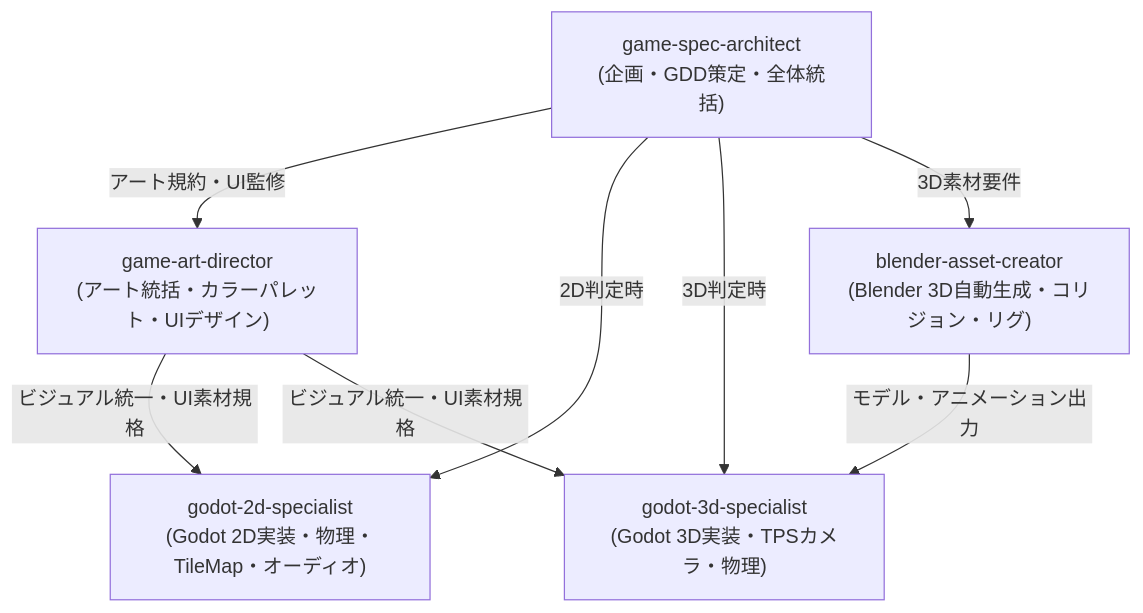
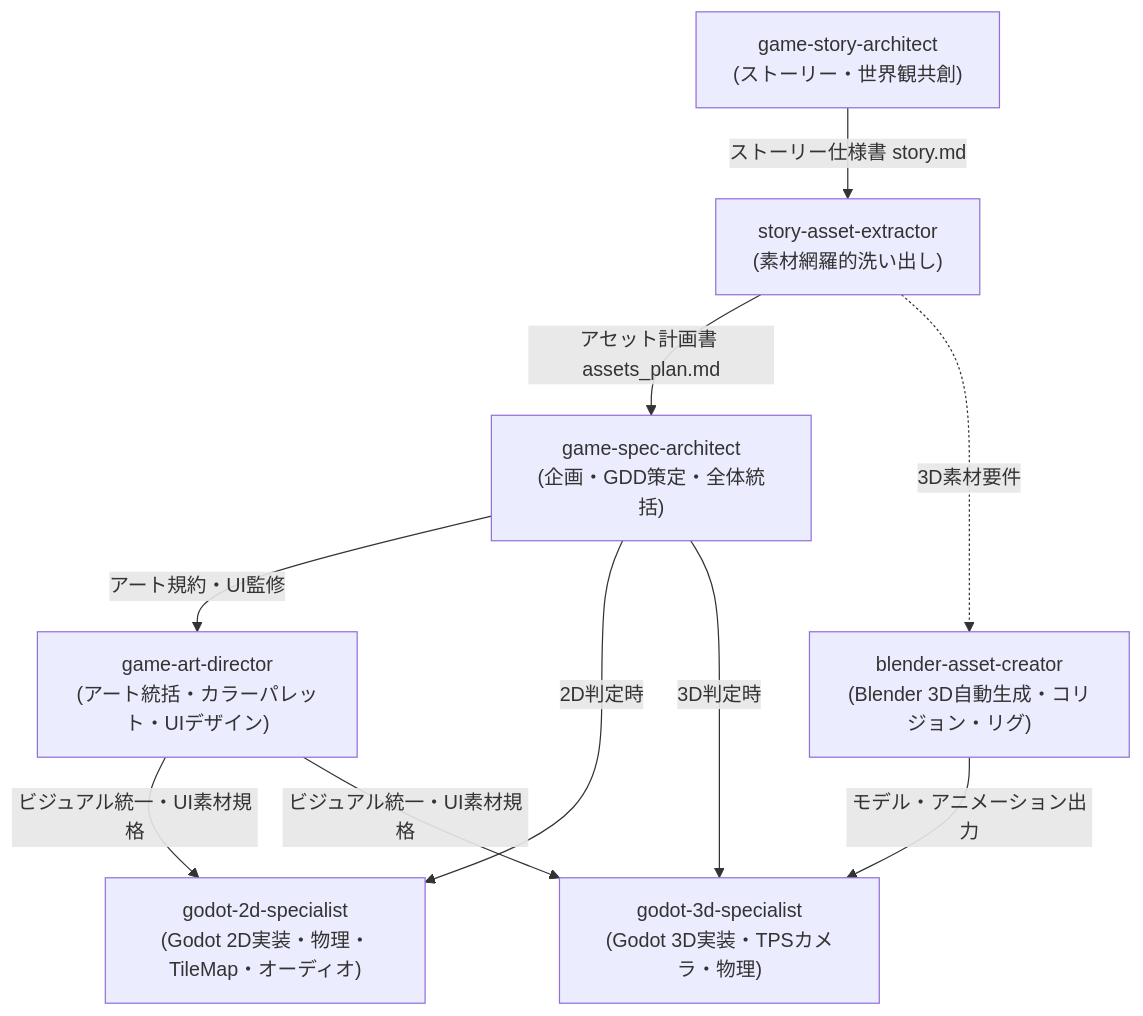
The diagram in README.md (kohma0714t-arch/godot_game_skill), drawn with Mermaid before and after one commit. The commit also changed other lines of this file and 6 other files, not shown here.

First line of the commit message:
feat(skills): game-story-architectおよびstory-asset-extractorの追加

````diff
--- a/README.md
+++ b/README.md
@@ -23,16 +25,20 @@
 ```mermaid
 flowchart TD
+    GStory["game-story-architect\n(ストーリー・世界観共創)"]
+    SAExt["story-asset-extractor\n(素材網羅的洗い出し)"]
     GSA["game-spec-architect\n(企画・GDD策定・全体統括)"]
     GAD["game-art-director\n(アート統括・カラーパレット・UIデザイン)"]
     G2D["godot-2d-specialist\n(Godot 2D実装・物理・TileMap・オーディオ)"]
     G3D["godot-3d-specialist\n(Godot 3D実装・TPSカメラ・物理)"]
     BAC["blender-asset-creator\n(Blender 3D自動生成・コリジョン・リグ)"]
 
+    GStory -->|ストーリー仕様書 story.md| SAExt
+    SAExt -->|アセット計画書 assets_plan.md| GSA
     GSA -->|アート規約・UI監修| GAD
     GSA -->|2D判定時| G2D
     GSA -->|3D判定時| G3D
-    GSA -->|3D素材要件| BAC
+    SAExt -.->|3D素材要件| BAC
     BAC -->|モデル・アニメーション出力| G3D
     GAD -->|ビジュアル統一・UI素材規格| G2D
     GAD -->|ビジュアル統一・UI素材規格| G3D
 ```
````
